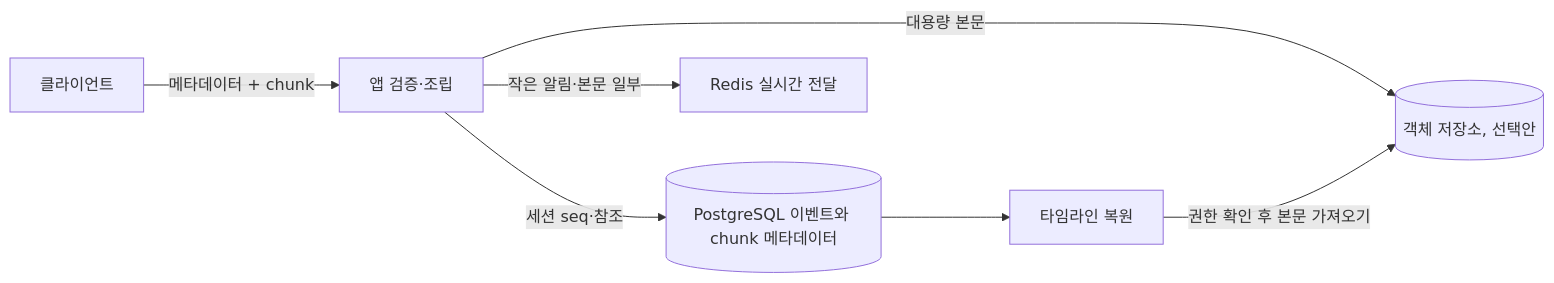
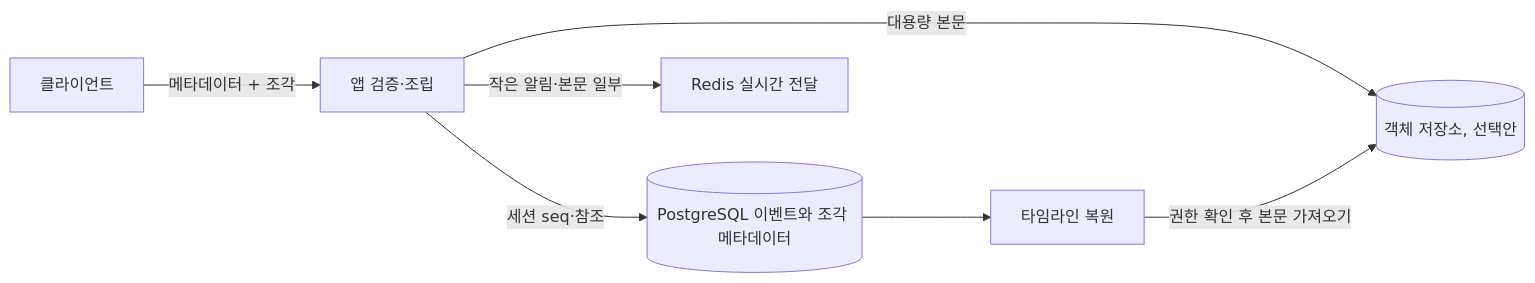
The diagram in docs/design/long-message.md (juwonlee-dev/event-based-chat), drawn with Mermaid before and after one commit. The commit also changed other lines of this file and 9 other files, not shown here.

````diff
--- a/docs/design/long-message.md
+++ b/docs/design/long-message.md
@@ -21,9 +21,9 @@
 ```mermaid
 flowchart LR
- C[클라이언트] -->|메타데이터 + chunk| A[앱 검증·조립]
- A -->|세션 seq·참조| DB[(PostgreSQL 이벤트와 chunk 메타데이터)]
+ C[클라이언트] -->|메타데이터 + 조각| A[앱 검증·조립]
+ A -->|세션 seq·참조| DB[(PostgreSQL 이벤트와 조각 메타데이터)]
  A -->|대용량 본문| O[(객체 저장소, 선택안)]
  A -->|작은 알림·본문 일부| R[Redis 실시간 전달]
  DB --> T[타임라인 복원]
  T -->|권한 확인 후 본문 가져오기| O
 ```
````
